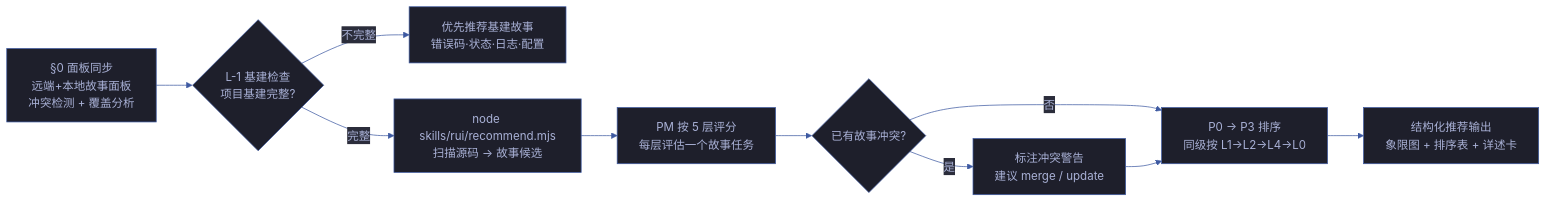
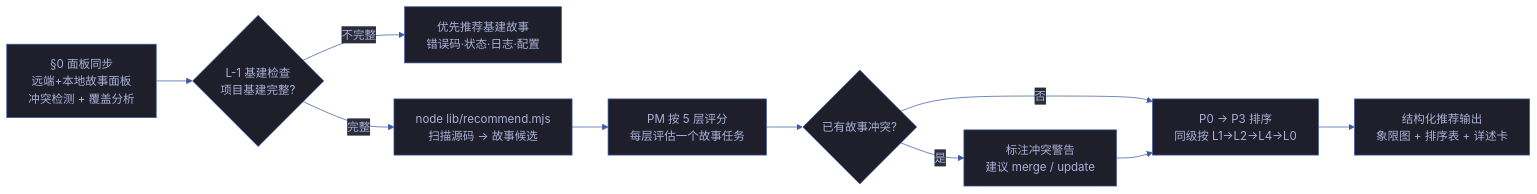
Before and after one commit to effiy/YrY: the first of 9 diagrams in skills/rui/ranking.md, drawn with Mermaid. The commit also changed 341 other files, not shown here.

````diff
--- a/skills/rui/ranking.md
+++ b/skills/rui/ranking.md
@@ -12,21 +12,21 @@
 ```mermaid
 %%{init: {'theme': 'base', 'themeVariables': {
   'primaryColor': '#1e1f2b',
   'primaryTextColor': '#a9b1d6',
   'primaryBorderColor': '#3d59a1',
   'lineColor': '#3d59a1',
   'secondaryColor': '#2b2d3b',
   'tertiaryColor': '#21232f'
 }}}%%
 flowchart LR
     SYNC["§0 面板同步<br/>远端+本地故事面板<br/>冲突检测 + 覆盖分析"]:::sync --> INFRA{"L-1 基建检查<br/>项目基建完整?"}:::gate
     INFRA -->|"不完整"| INFRA_REC["优先推荐基建故事<br/>错误码·状态·日志·配置"]:::infra
-    INFRA -->|"完整"| SCAN["node skills/rui/recommend.mjs<br/>扫描源码 → 故事候选"]:::tool
+    INFRA -->|"完整"| SCAN["node lib/recommend.mjs<br/>扫描源码 → 故事候选"]:::tool
     SCAN --> EVAL["PM 按 5 层评分<br/>每层评估一个故事任务"]:::llm
     EVAL --> CONFLICT{"已有故事冲突?"}
     CONFLICT -->|"是"| MARK["标注冲突警告<br/>建议 merge / update"]:::warn
     CONFLICT -->|"否"| SORT["P0 → P3 排序<br/>同级按 L1→L2→L4→L0"]:::llm
     MARK --> SORT
     SORT --> PRESENT["结构化推荐输出<br/>象限图 + 排序表 + 详述卡"]:::llm
 
 ```
````
